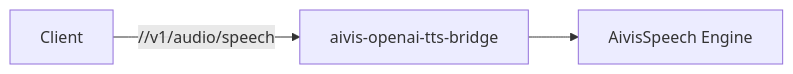
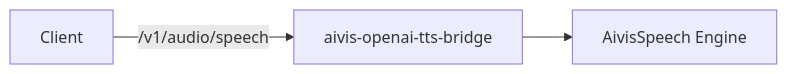
Before and after one commit to likeablob/aivis-openai-tts-bridge: the diagram in README.md, drawn with Mermaid. The commit also changed 1 other file, not shown here.

Commit message:
ci: add release workflow
- Fix typo in README

````diff
--- a/README.md
+++ b/README.md
@@ -5,4 +5,4 @@
 ```mermaid
 flowchart LR
-    client[Client] -->|//v1/audio/speech| bridge[aivis-openai-tts-bridge] --> aivis[AivisSpeech Engine]
+    client[Client] -->|/v1/audio/speech| bridge[aivis-openai-tts-bridge] --> aivis[AivisSpeech Engine]
 ```
````
